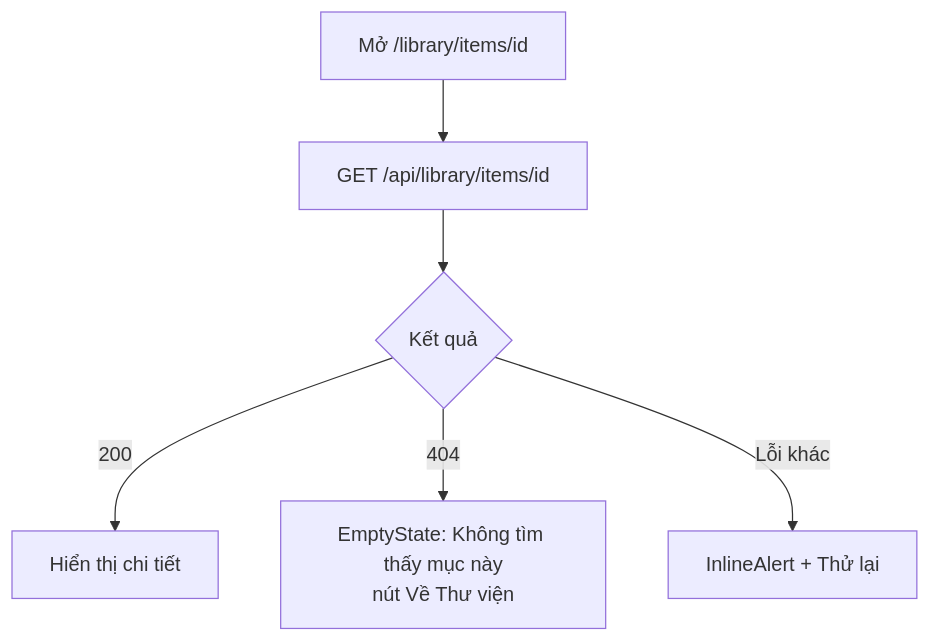
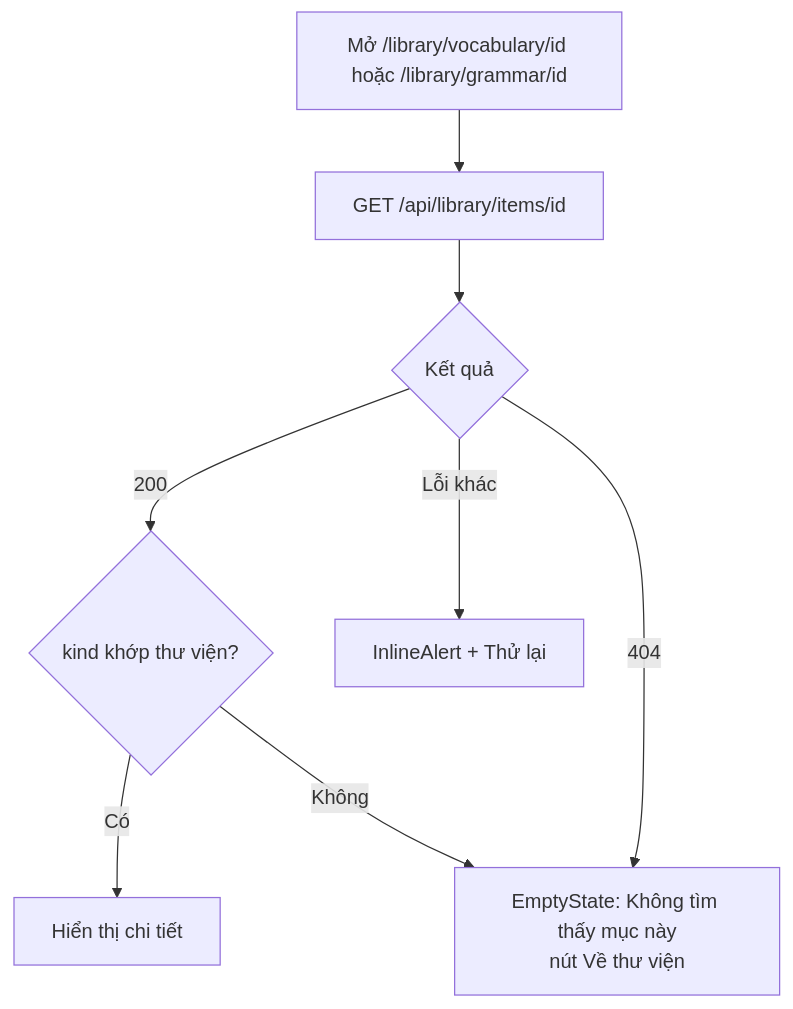
One commit to pamela172103/Lingozi changed the first of 2 diagrams in docs/features/knowledge-items/srs/US-LIB-04-view-item.md. Above: the diagram before and after it, drawn with Mermaid. The commit also changed other lines of this file and 91 other files, not shown here.

First line of the commit message:
docs: split vocabulary and grammar libraries; redraw all wireframes as generated SVG

````diff
--- a/docs/features/knowledge-items/srs/US-LIB-04-view-item.md
+++ b/docs/features/knowledge-items/srs/US-LIB-04-view-item.md
@@ -58,8 +59,10 @@
 ```mermaid
 flowchart TD
-    A[Mở /library/items/id] --> B[GET /api/library/items/id]
+    A[Mở /library/vocabulary/id hoặc /library/grammar/id] --> B[GET /api/library/items/id]
     B --> C{Kết quả}
-    C -- 200 --> D[Hiển thị chi tiết]
-    C -- 404 --> E[EmptyState: Không tìm thấy mục này<br/>nút Về Thư viện]
+    C -- 200 --> K{kind khớp thư viện?}
+    K -- Có --> D[Hiển thị chi tiết]
+    K -- Không --> E
+    C -- 404 --> E[EmptyState: Không tìm thấy mục này<br/>nút Về thư viện]
     C -- Lỗi khác --> F[InlineAlert + Thử lại]
 ```
````
